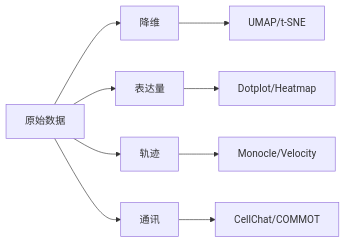
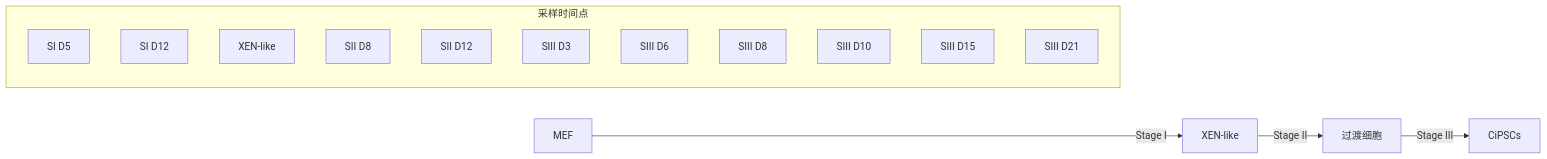
The diagram in intro.qmd (liuyifang/the-beauty-of-single-cell-book), drawn with Mermaid before and after one commit. The commit also changed other lines of this file and 39 other files, not shown here.

````diff
--- a/intro.qmd
+++ b/intro.qmd
@@ -89,12 +40,20 @@
 ```{mermaid}
-%%| fig-cap: "本书内容概览"
 flowchart LR
-    A[原始数据] --> B[降维]
-    B --> C[UMAP/t-SNE]
-    A --> D[表达量]
-    D --> E[Dotplot/Heatmap]
-    A --> F[轨迹]
-    F --> G[Monocle/Velocity]
-    A --> H[通讯]
-    H --> I[CellChat/COMMOT]
+    A[MEF] -->|Stage I| B[XEN-like]
+    B -->|Stage II| C[过渡细胞]
+    C -->|Stage III| D[CiPSCs]
+    
+    subgraph 采样时间点
+    T1[SI D5]
+    T2[SI D12]
+    T3[XEN-like]
+    T4[SII D8]
+    T5[SII D12]
+    T6[SIII D3]
+    T7[SIII D6]
+    T8[SIII D8]
+    T9[SIII D10]
+    T10[SIII D15]
+    T11[SIII D21]
+    end
 ```
````
